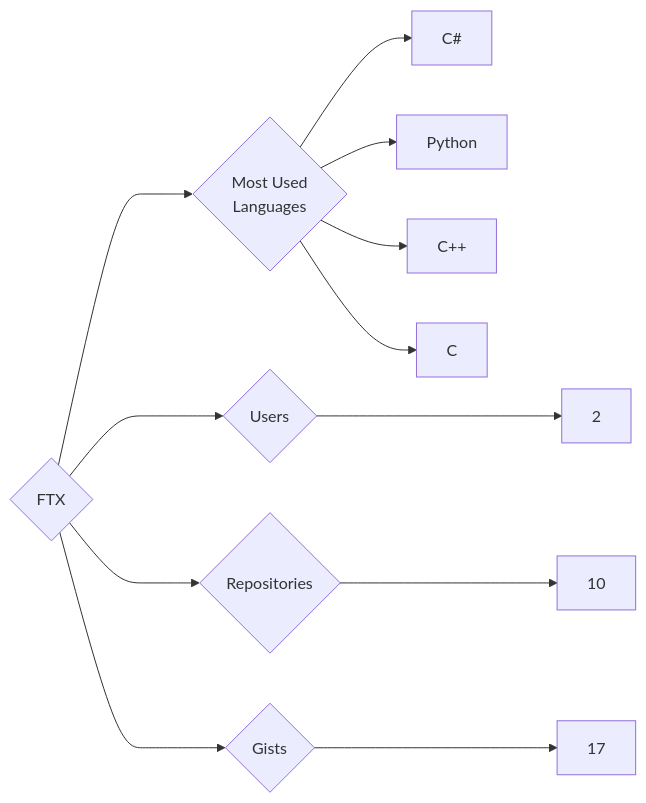
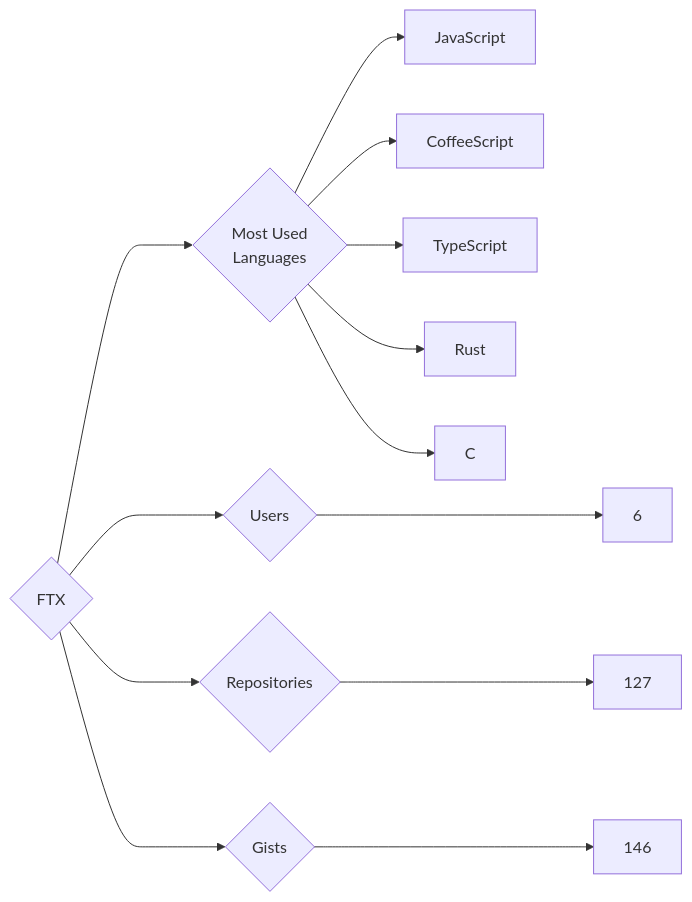
One commit to trickest/insiders changed the diagram in targets/FTX/README.md. Above: the diagram before and after it, drawn with Mermaid. The commit also changed 840 other files, not shown here.

````diff
--- a/targets/FTX/README.md
+++ b/targets/FTX/README.md
@@ -3,12 +3,13 @@
 ```mermaid
 graph LR
 COMPANY_NAME{FTX}
-COMPANY_NAME ---> U{Users} ---> UN[2]
-COMPANY_NAME ---> R{Repositories} ---> RN[10]
-COMPANY_NAME ---> G{Gists} ---> GN[17]
+COMPANY_NAME ---> U{Users} ---> UN[6]
+COMPANY_NAME ---> R{Repositories} ---> RN[127]
+COMPANY_NAME ---> G{Gists} ---> GN[146]
 COMPANY_NAME ---> ML{Most Used<br>Languages}
-ML --> C#[C#]
-ML --> Python[Python]
-ML --> C++[C++]
+ML --> JavaScript[JavaScript]
+ML --> CoffeeScript[CoffeeScript]
+ML --> TypeScript[TypeScript]
+ML --> Rust[Rust]
 ML --> C[C]
 ```
````
